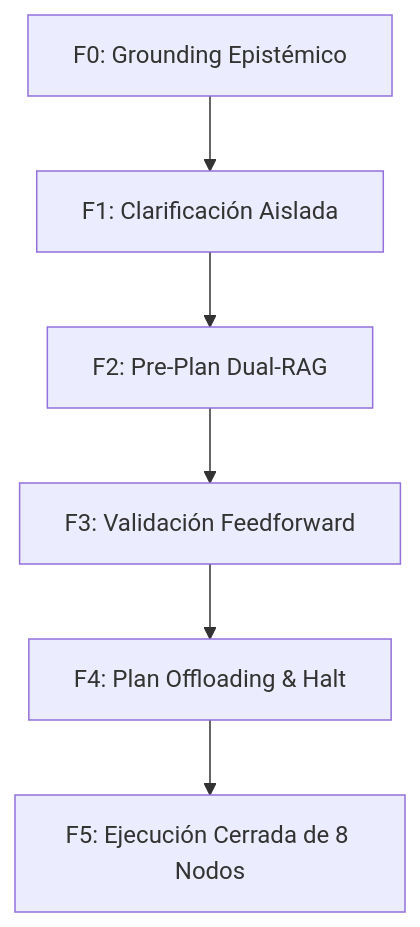
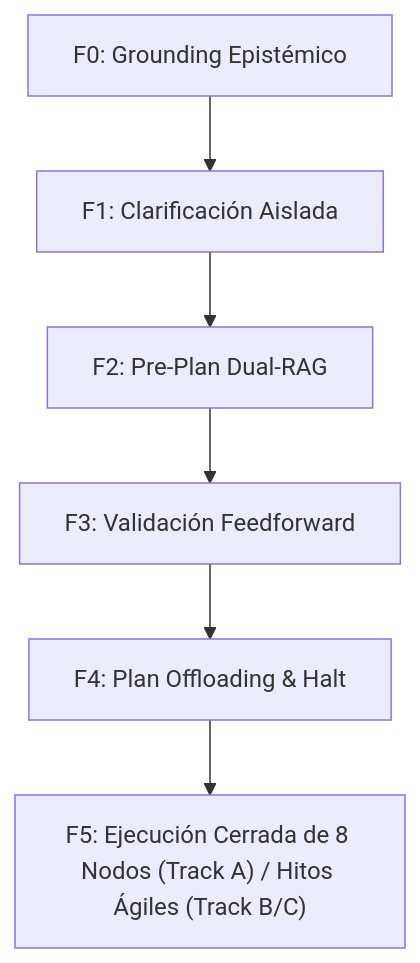
The diagram in planner/assets/plan_template.md (baiosfera/zerops-astro-skills), drawn with Mermaid before and after one commit. The commit also changed other lines of this file and 6 other files, not shown here.

````diff
--- a/planner/assets/plan_template.md
+++ b/planner/assets/plan_template.md
@@ -31,8 +31,8 @@
 ```mermaid
 flowchart TD
     A["F0: Grounding Epistémico"] --> B["F1: Clarificación Aislada"]
     B --> C["F2: Pre-Plan Dual-RAG"]
     C --> D["F3: Validación Feedforward"]
     D --> E["F4: Plan Offloading & Halt"]
-    E --> F["F5: Ejecución Cerrada de 8 Nodos"]
+    E --> F["F5: Ejecución Cerrada de 8 Nodos (Track A) / Hitos Ágiles (Track B/C)"]
 ```
````
